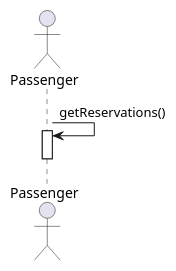
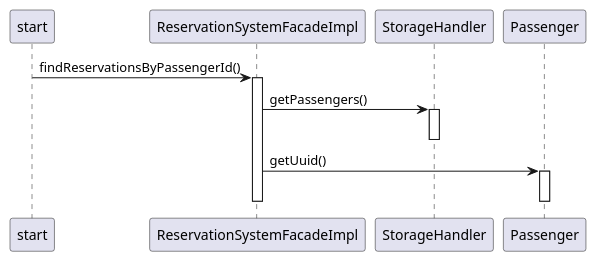
The diagram in Diagrams/Sequence/Passenger/4_view_reservations.puml (AlperenElbasan/FlightReservationSystem), drawn with PlantUML before and after one commit. The commit also changed 1 other file, not shown here.

Commit message:
changes in passenger 3 4

```diff
--- a/Diagrams/Sequence/Passenger/4_view_reservations.puml
+++ b/Diagrams/Sequence/Passenger/4_view_reservations.puml
@@ -1,8 +1,15 @@
 @startuml ViewReservations
-Actor Passenger
+'Actor Passenger
 
-Passenger -> Passenger: getReservations()
+
+start -> ReservationSystemFacadeImpl : findReservationsByPassengerId()
+activate ReservationSystemFacadeImpl
+ReservationSystemFacadeImpl -> StorageHandler: getPassengers()
+activate StorageHandler
+deactivate
+ReservationSystemFacadeImpl -> Passenger: getUuid()
 activate Passenger
+deactivate
 deactivate
 
 @enduml
```
